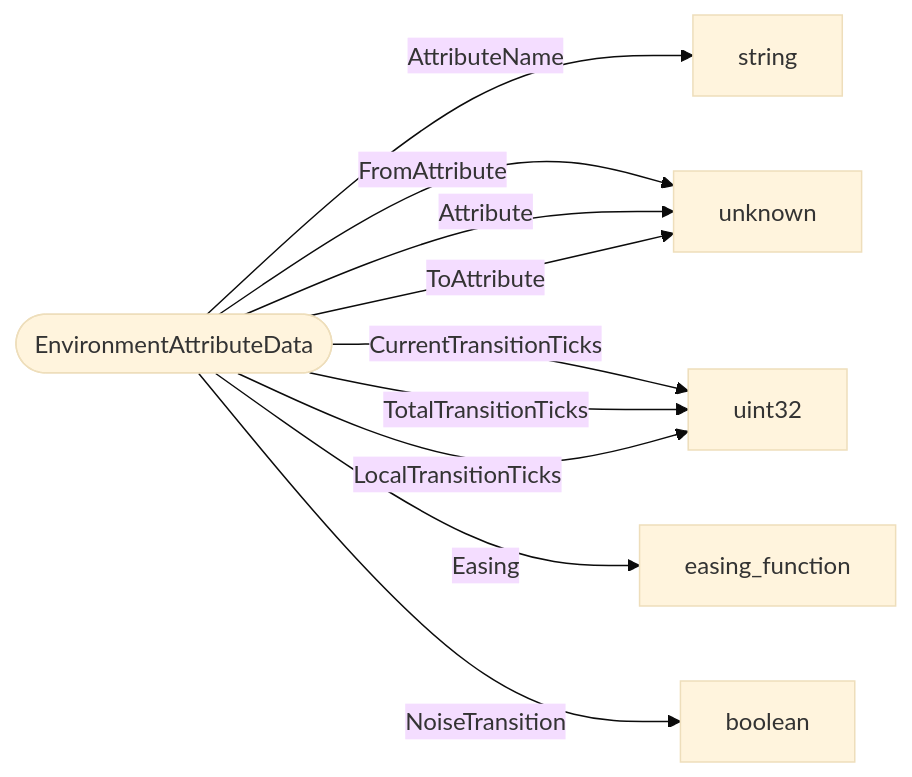
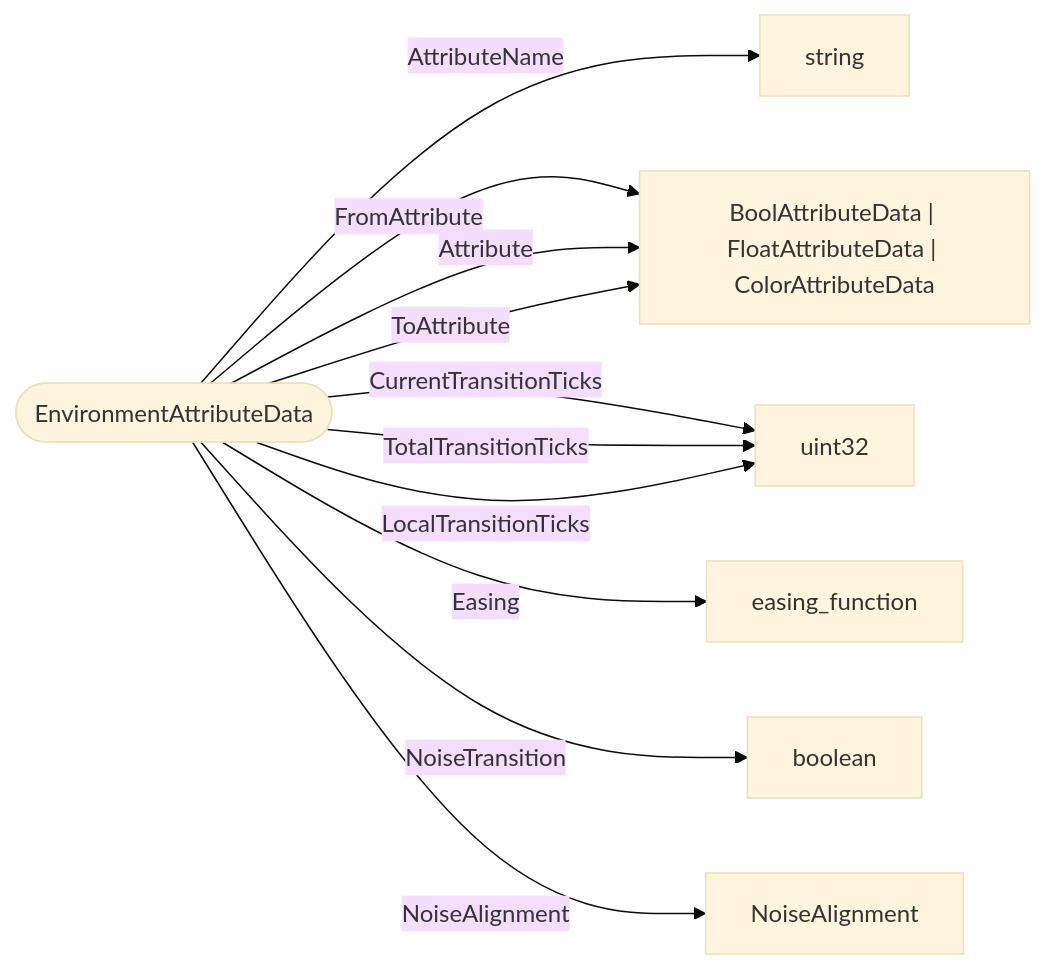
Before and after one commit to bedrock-v/protocol-docs: the diagram in schemas/types/EnvironmentAttributeData.md, drawn with Mermaid (base theme). The commit also changed 114 other files, not shown here.

````diff
--- a/schemas/types/EnvironmentAttributeData.md
+++ b/schemas/types/EnvironmentAttributeData.md
@@ -5,13 +5,14 @@
 ```mermaid
 flowchart LR
   ROOT(["EnvironmentAttributeData"])
   ROOT -->|"AttributeName"| string["string"]
-  ROOT -->|"FromAttribute"| unknown["unknown"]
-  ROOT -->|"Attribute"| unknown["unknown"]
-  ROOT -->|"ToAttribute"| unknown["unknown"]
+  ROOT -->|"FromAttribute"| BoolAttributeData___FloatAttributeData___ColorAttributeData["BoolAttributeData | FloatAttributeData | ColorAttributeData"]
+  ROOT -->|"Attribute"| BoolAttributeData___FloatAttributeData___ColorAttributeData["BoolAttributeData | FloatAttributeData | ColorAttributeData"]
+  ROOT -->|"ToAttribute"| BoolAttributeData___FloatAttributeData___ColorAttributeData["BoolAttributeData | FloatAttributeData | ColorAttributeData"]
   ROOT -->|"CurrentTransitionTicks"| uint32["uint32"]
   ROOT -->|"TotalTransitionTicks"| uint32["uint32"]
   ROOT -->|"Easing"| easing_function["easing_function"]
   ROOT -->|"LocalTransitionTicks"| uint32["uint32"]
   ROOT -->|"NoiseTransition"| boolean["boolean"]
+  ROOT -->|"NoiseAlignment"| NoiseAlignment["NoiseAlignment"]
 ```
````
